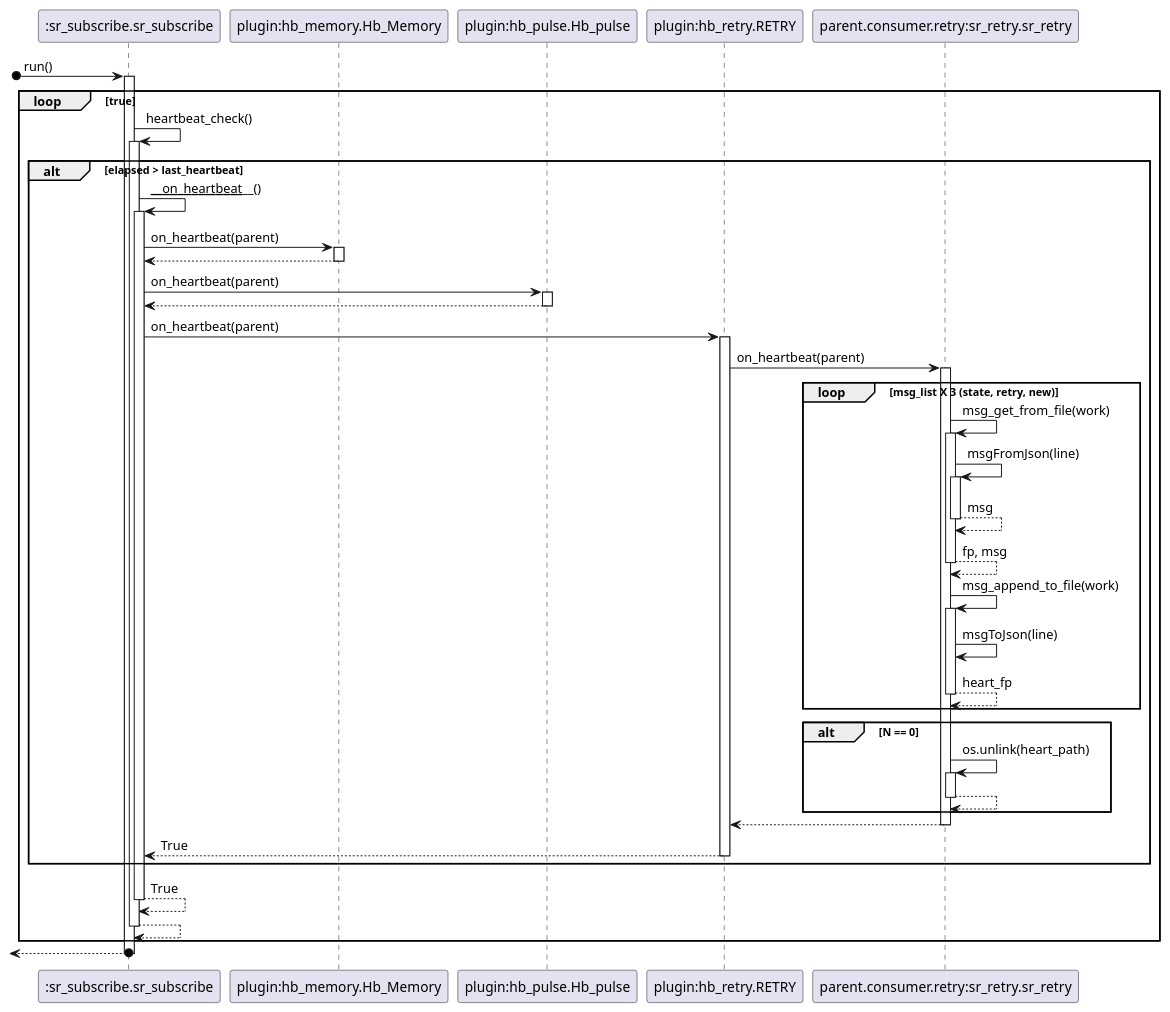
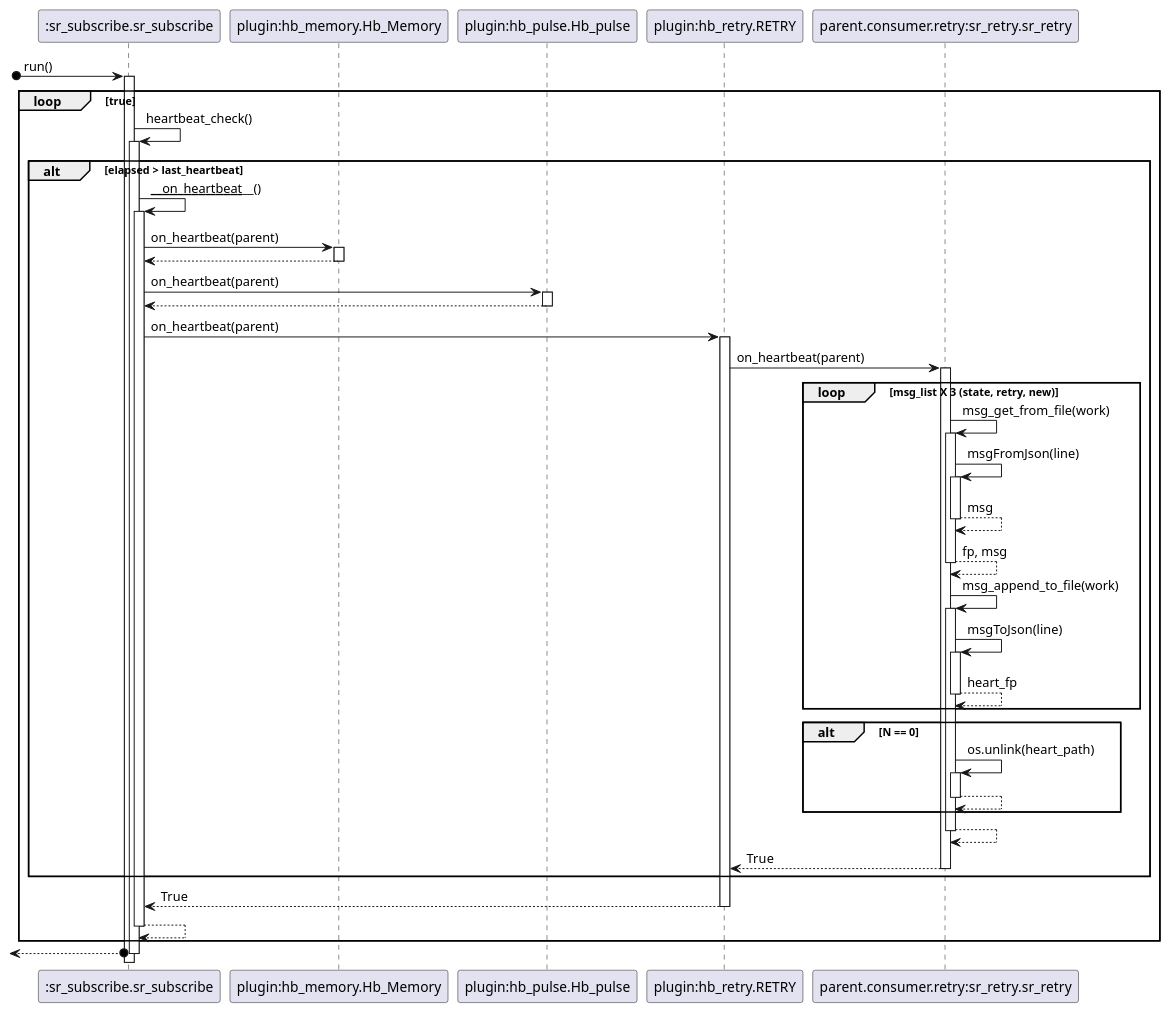
Before and after one commit to MetPX/sarracenia: the diagram in doc/design/uml/Retry.puml, drawn with PlantUML.

Commit message:
Added activation to sequence diagram.

```diff
--- a/doc/design/uml/Retry.puml
+++ b/doc/design/uml/Retry.puml
@@ -1,52 +1,53 @@
 @startuml
 participant ":sr_subscribe.sr_subscribe" as ss
 participant "plugin:hb_memory.Hb_Memory" as hbm
 participant "plugin:hb_pulse.Hb_pulse" as hbp
 participant "plugin:hb_retry.RETRY" as hbr
 participant "parent.consumer.retry:sr_retry.sr_retry" as sr
 
 ''''''Heartbeat run''''''
 [o-> ss: run()
 loop true
  activate ss
  ss -> ss: heartbeat_check()
   activate ss
   alt elapsed > last_heartbeat
    ss -> ss: ____on_heartbeat____()
     activate ss
      ss -> hbm: on_heartbeat(parent)
       activate hbm
       return
      ss -> hbp: on_heartbeat(parent)
       activate hbp
       return
      ss -> hbr: on_heartbeat(parent)
       activate hbr
       hbr -> sr: on_heartbeat(parent)
        activate sr
        loop msg_list X 3 (state, retry, new)
         sr -> sr: msg_get_from_file(work)
          activate sr
          sr -> sr: msgFromJson(line)
           activate sr
           return msg
          return fp, msg
         sr -> sr: msg_append_to_file(work)
          activate sr
          sr -> sr: msgToJson(line)
-         return heart_fp
+          activate sr
+          return heart_fp
        end loop
         alt N == 0
          sr -> sr: os.unlink(heart_path)
          activate sr
          return
         end alt
       return
     return True
   end alt
   return True
  return
 end loop
 [<--o ss
 deactivate ss
 @enduml
```
